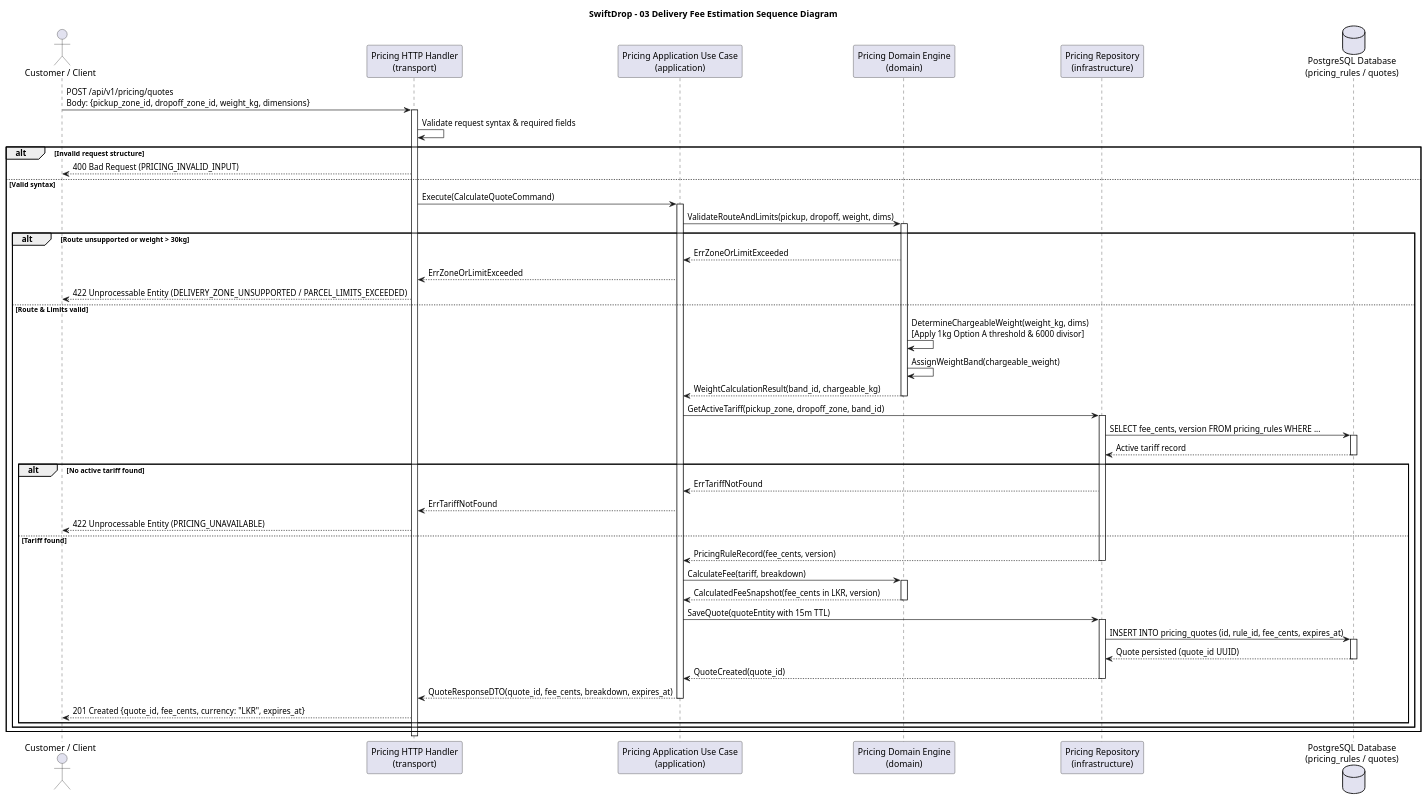
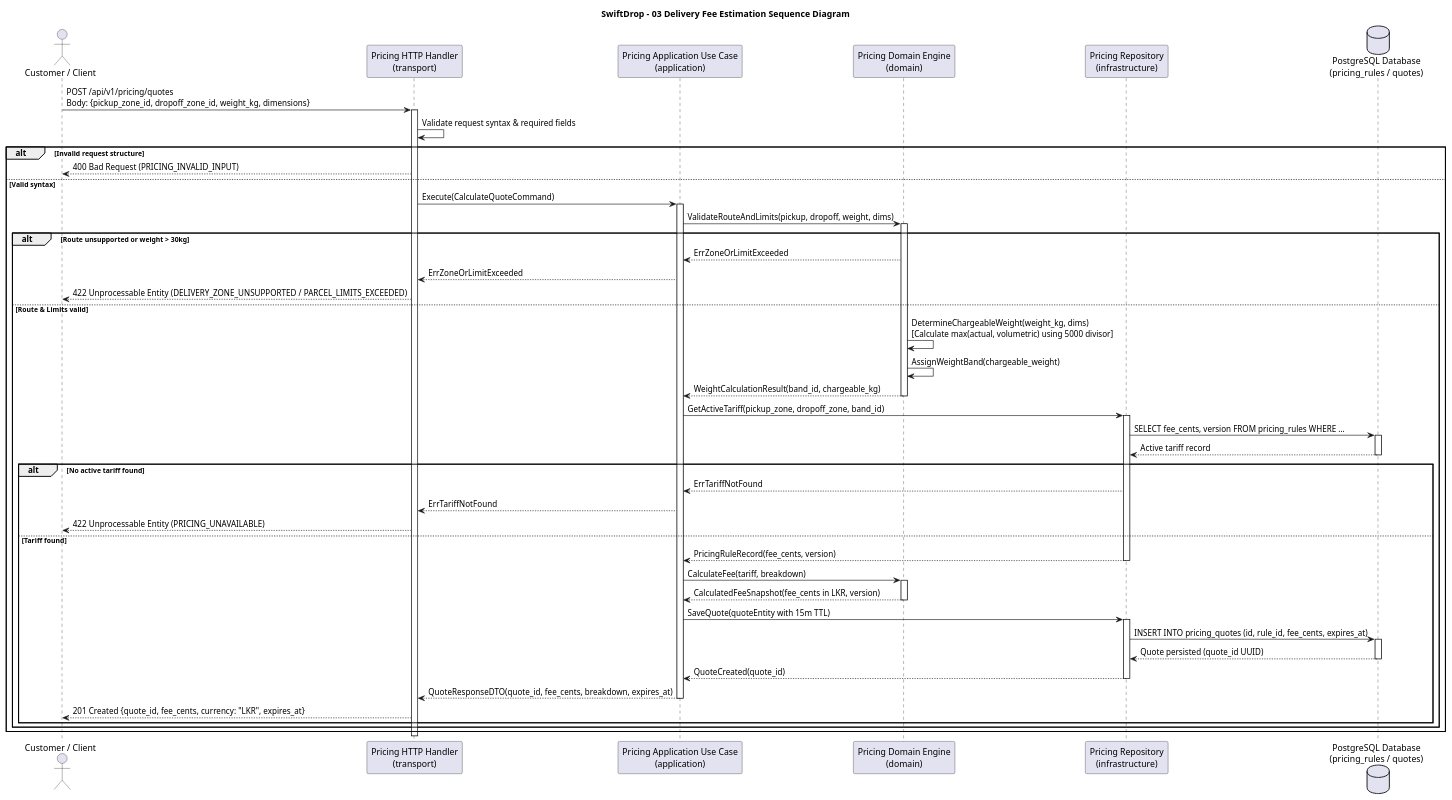
One commit to phantomTroupeEAD/SwiftDrop changed the diagram in docs/drafts/member-02-parcels-pricing/diagrams/03-delivery-fee-estimation-sequence.puml. Above: the diagram before and after it, drawn with PlantUML. The commit also changed 13 other files, not shown here.

First line of the commit message:
docs(member-02): align parcel and pricing documentation with architecture decisions and ADR-004

```diff
--- a/docs/drafts/member-02-parcels-pricing/diagrams/03-delivery-fee-estimation-sequence.puml
+++ b/docs/drafts/member-02-parcels-pricing/diagrams/03-delivery-fee-estimation-sequence.puml
@@ -1,68 +1,68 @@
 title SwiftDrop - 03 Delivery Fee Estimation Sequence Diagram
 
 actor Customer as "Customer / Client"
 participant Handler as "Pricing HTTP Handler\n(transport)"
 participant UseCase as "Pricing Application Use Case\n(application)"
 participant Engine as "Pricing Domain Engine\n(domain)"
 participant Repo as "Pricing Repository\n(infrastructure)"
 database DB as "PostgreSQL Database\n(pricing_rules / quotes)"
 
 Customer -> Handler: POST /api/v1/pricing/quotes\nBody: {pickup_zone_id, dropoff_zone_id, weight_kg, dimensions}
 activate Handler
 
 Handler -> Handler: Validate request syntax & required fields
 alt Invalid request structure
     Handler --> Customer: 400 Bad Request (PRICING_INVALID_INPUT)
 else Valid syntax
     Handler -> UseCase: Execute(CalculateQuoteCommand)
     activate UseCase
 
     UseCase -> Engine: ValidateRouteAndLimits(pickup, dropoff, weight, dims)
     activate Engine
     alt Route unsupported or weight > 30kg
         Engine --> UseCase: ErrZoneOrLimitExceeded
         UseCase --> Handler: ErrZoneOrLimitExceeded
         Handler --> Customer: 422 Unprocessable Entity (DELIVERY_ZONE_UNSUPPORTED / PARCEL_LIMITS_EXCEEDED)
     else Route & Limits valid
-        Engine -> Engine: DetermineChargeableWeight(weight_kg, dims)\n[Apply 1kg Option A threshold & 6000 divisor]
+        Engine -> Engine: DetermineChargeableWeight(weight_kg, dims)\n[Calculate max(actual, volumetric) using 5000 divisor]
         Engine -> Engine: AssignWeightBand(chargeable_weight)
         Engine --> UseCase: WeightCalculationResult(band_id, chargeable_kg)
         deactivate Engine
 
         UseCase -> Repo: GetActiveTariff(pickup_zone, dropoff_zone, band_id)
         activate Repo
         Repo -> DB: SELECT fee_cents, version FROM pricing_rules WHERE ...
         activate DB
         DB --> Repo: Active tariff record
         deactivate DB
 
         alt No active tariff found
             Repo --> UseCase: ErrTariffNotFound
             UseCase --> Handler: ErrTariffNotFound
             Handler --> Customer: 422 Unprocessable Entity (PRICING_UNAVAILABLE)
         else Tariff found
             Repo --> UseCase: PricingRuleRecord(fee_cents, version)
             deactivate Repo
 
             UseCase -> Engine: CalculateFee(tariff, breakdown)
             activate Engine
             Engine --> UseCase: CalculatedFeeSnapshot(fee_cents in LKR, version)
             deactivate Engine
 
             UseCase -> Repo: SaveQuote(quoteEntity with 15m TTL)
             activate Repo
             Repo -> DB: INSERT INTO pricing_quotes (id, rule_id, fee_cents, expires_at)
             activate DB
             DB --> Repo: Quote persisted (quote_id UUID)
             deactivate DB
             Repo --> UseCase: QuoteCreated(quote_id)
             deactivate Repo
 
             UseCase --> Handler: QuoteResponseDTO(quote_id, fee_cents, breakdown, expires_at)
             deactivate UseCase
 
             Handler --> Customer: 201 Created {quote_id, fee_cents, currency: "LKR", expires_at}
         end
     end
 end
 deactivate Handler
```
